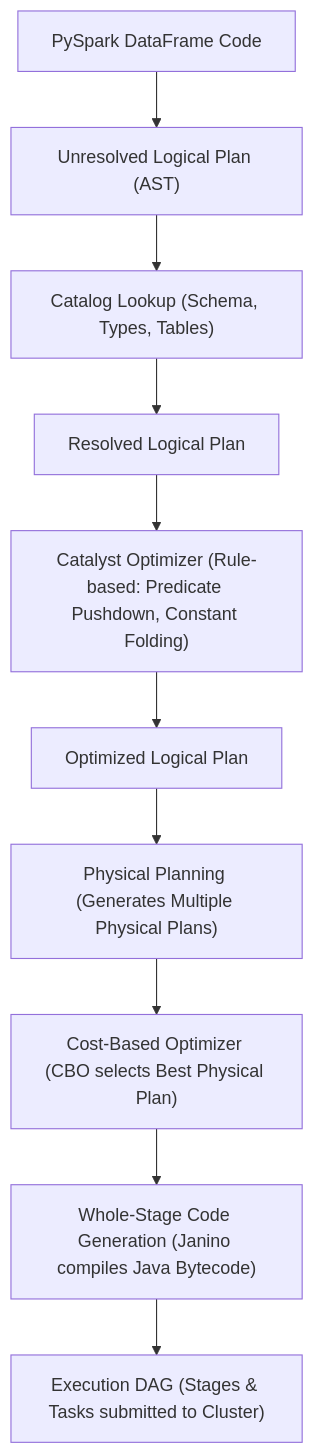
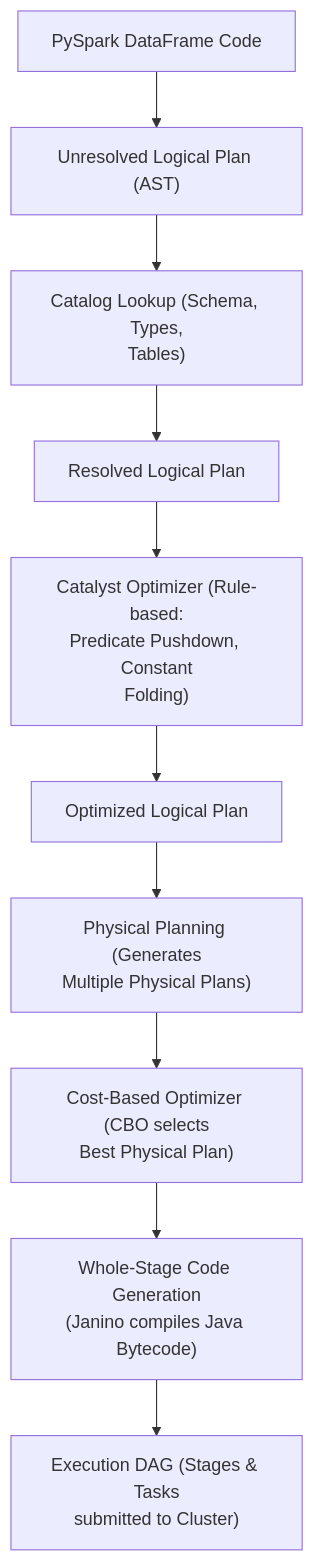
Before and after one commit to santoshjammi29/data-engineering-interview-handbook: the diagram in playbooks/01_sql_and_pyspark_125.md, drawn with Mermaid. The commit also changed 9 other files, not shown here.

Commit message:
fix(diagrams): word-wrap labels and escape comparison operators across all diagrams

````diff
--- a/playbooks/01_sql_and_pyspark_125.md
+++ b/playbooks/01_sql_and_pyspark_125.md
@@ -829,12 +829,12 @@
 ```mermaid
 flowchart TD
     A["PySpark DataFrame Code"] --> B["Unresolved Logical Plan (AST)"]
-    B --> C["Catalog Lookup (Schema, Types, Tables)"]
+    B --> C["Catalog Lookup (Schema, Types,<br/>Tables)"]
     C --> D["Resolved Logical Plan"]
-    D --> E["Catalyst Optimizer (Rule-based: Predicate Pushdown, Constant Folding)"]
+    D --> E["Catalyst Optimizer (Rule-based:<br/>Predicate Pushdown, Constant<br/>Folding)"]
     E --> F["Optimized Logical Plan"]
-    F --> G["Physical Planning (Generates Multiple Physical Plans)"]
-    G --> H["Cost-Based Optimizer (CBO selects Best Physical Plan)"]
-    H --> I["Whole-Stage Code Generation (Janino compiles Java Bytecode)"]
-    I --> J["Execution DAG (Stages & Tasks submitted to Cluster)"]
+    F --> G["Physical Planning (Generates<br/>Multiple Physical Plans)"]
+    G --> H["Cost-Based Optimizer (CBO selects<br/>Best Physical Plan)"]
+    H --> I["Whole-Stage Code Generation<br/>(Janino compiles Java Bytecode)"]
+    I --> J["Execution DAG (Stages & Tasks<br/>submitted to Cluster)"]
 ```
````
